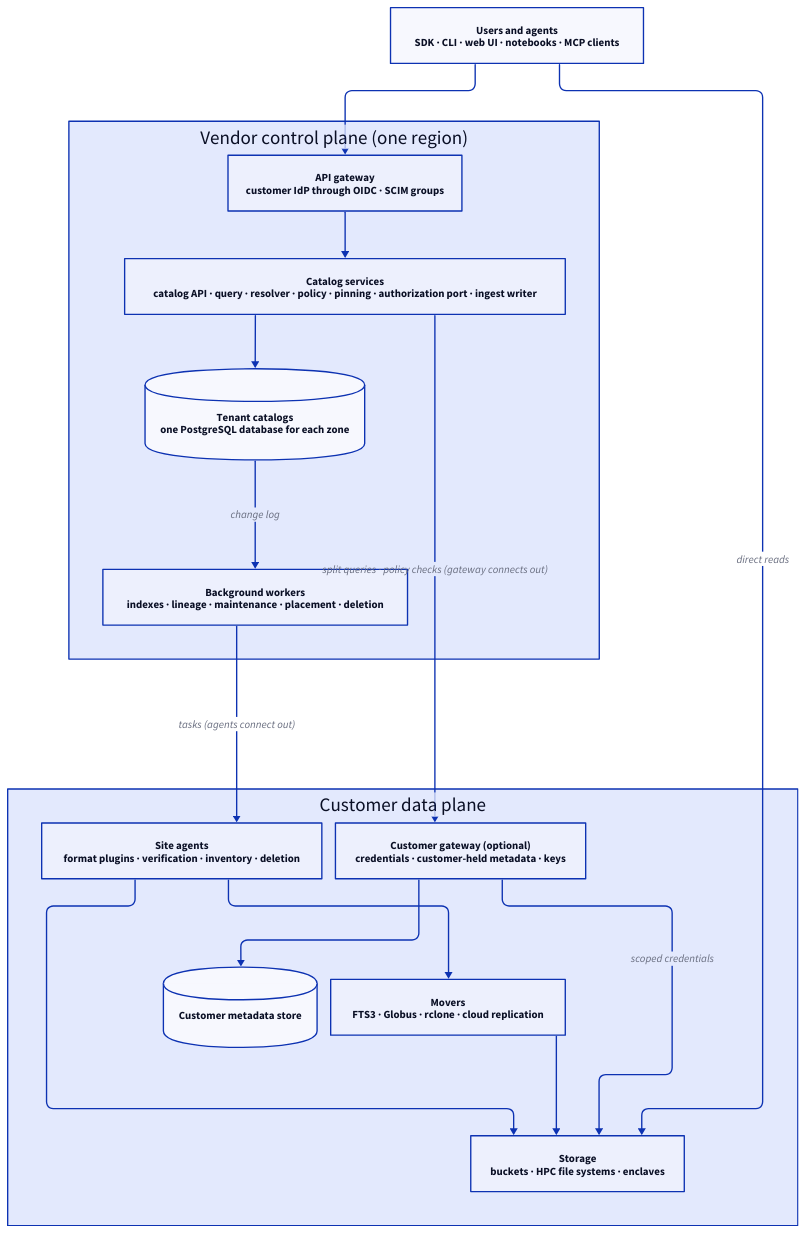
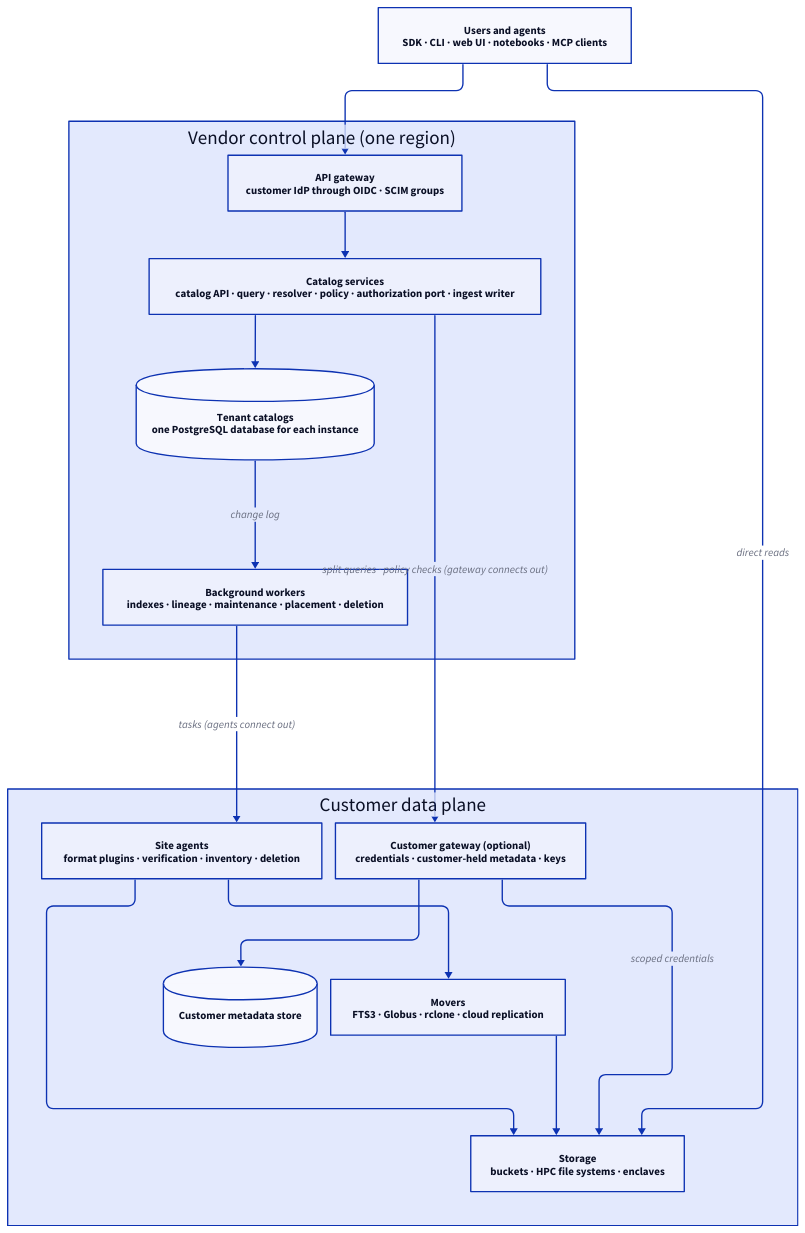
The diagram in docs/hosted.md (brianv0/mudcat), drawn with D2 before and after one commit. The commit also changed other lines of this file and 5 other files, not shown here.

````diff
--- a/docs/hosted.md
+++ b/docs/hosted.md
@@ -19,42 +19,42 @@
 ```d2
 vars: {
   d2-config: {
     layout-engine: elk
   }
 }
 direction: down
 
 users: "Users and agents\nSDK · CLI · web UI · notebooks · MCP clients"
 
 vendor: Vendor control plane (one region) {
   front: "API gateway\ncustomer IdP through OIDC · SCIM groups"
-  services: "Catalog services\ncatalog API · query · resolver · policy · pinning · authorization port · ingest writer"
-  tenants: "Tenant catalogs\none PostgreSQL database for each zone" {
+  services: "Catalog services\ncatalog API · query · resolver · policy · authorization port · ingest writer"
+  tenants: "Tenant catalogs\none PostgreSQL database for each instance" {
     shape: cylinder
   }
   workers: "Background workers\nindexes · lineage · maintenance · placement · deletion"
   front -> services
   services -> tenants
   tenants -> workers: change log
 }
 
 customer: Customer data plane {
   agents: "Site agents\nformat plugins · verification · inventory · deletion"
   broker: "Customer gateway (optional)\ncredentials · customer-held metadata · keys"
   metastore: "Customer metadata store" {
     shape: cylinder
   }
   broker -> metastore
   storage: "Storage\nbuckets · HPC file systems · enclaves"
   movers: "Movers\nFTS3 · Globus · rclone · cloud replication"
   agents -> storage
   agents -> movers
   movers -> storage
   broker -> storage: scoped credentials
 }
 
 users -> vendor.front
 vendor.workers -> customer.agents: tasks (agents connect out)
 users -> customer.storage: direct reads
 vendor.services -> customer.broker: split queries · policy checks (gateway connects out)
 ```
````
